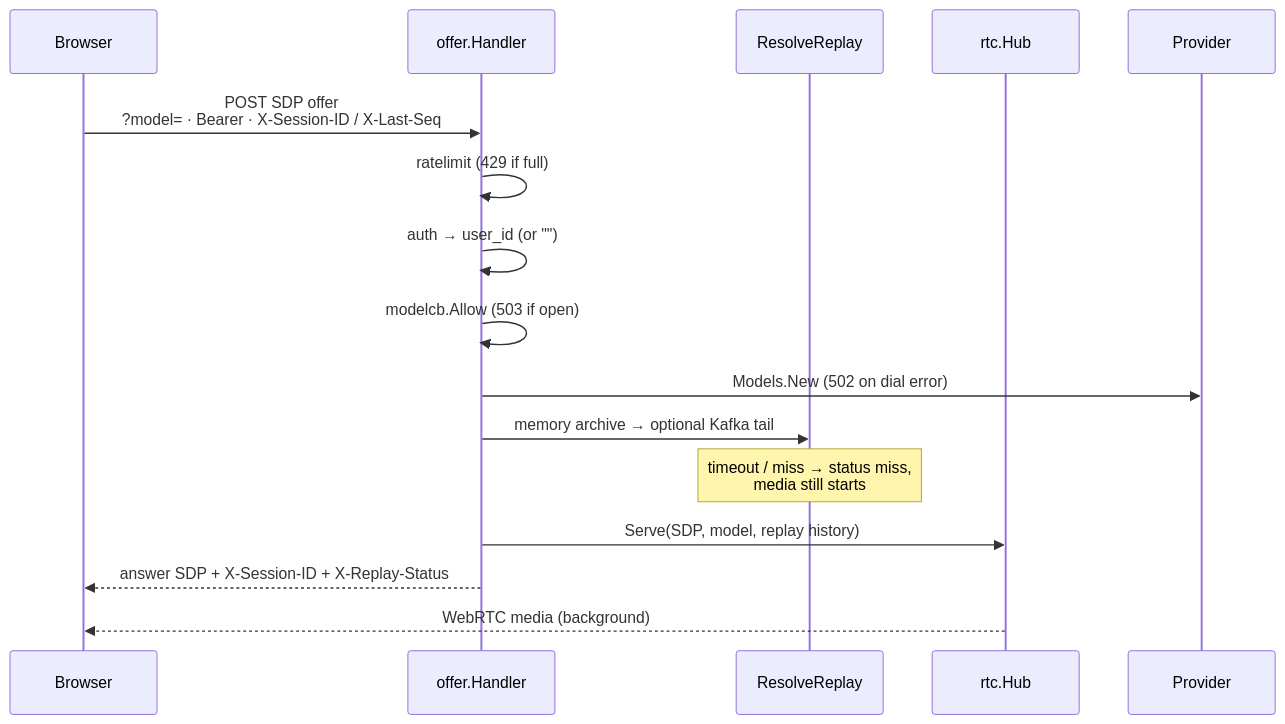
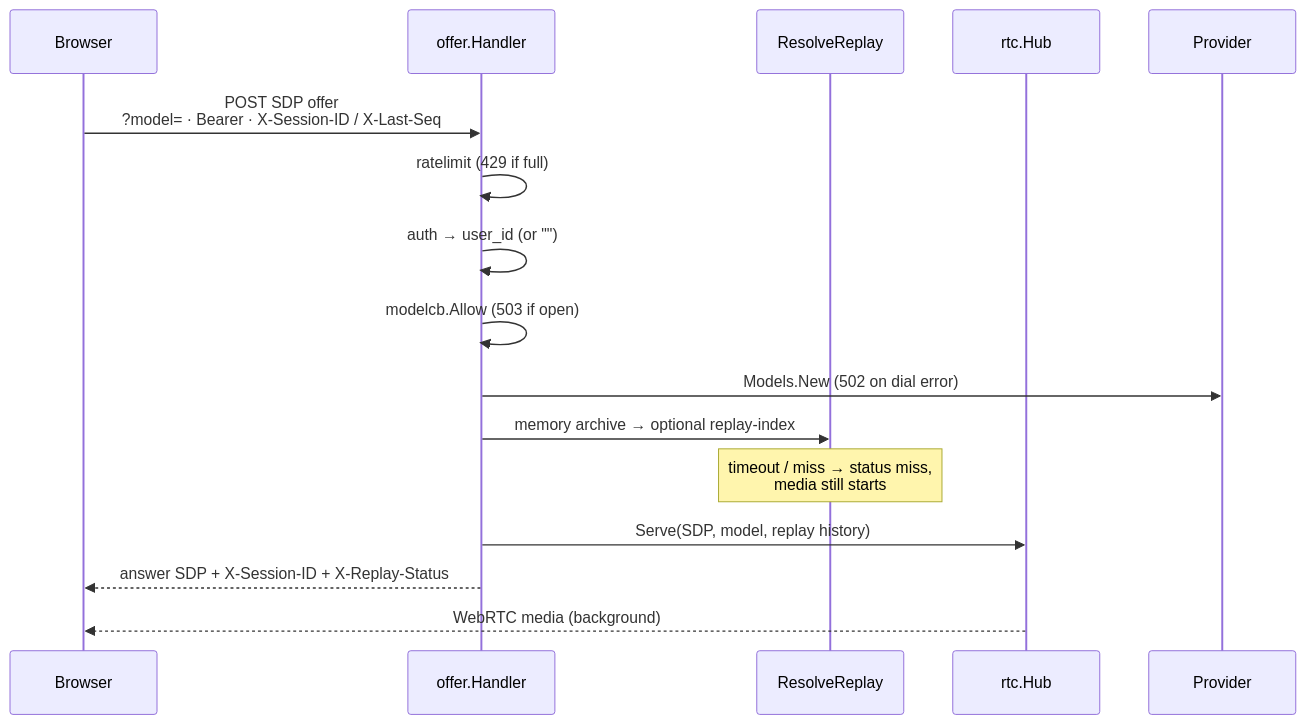
The second of 3 diagrams in docs/ARCHITECTURE.md (thinkinbig/rt_llm_proxy), drawn with Mermaid before and after one commit. The commit also changed other lines of this file and 19 other files, not shown here.

First line of the commit message:
Extract cross-node replay into a replay-index sidecar service.

````diff
--- a/docs/ARCHITECTURE.md
+++ b/docs/ARCHITECTURE.md
@@ -88,19 +88,19 @@
 ```mermaid
 sequenceDiagram
   participant B as Browser
   participant O as offer.Handler
   participant R as ResolveReplay
   participant H as rtc.Hub
   participant M as Provider
 
   B->>O: POST SDP offer<br/>?model= · Bearer · X-Session-ID / X-Last-Seq
   O->>O: ratelimit (429 if full)
   O->>O: auth → user_id (or "")
   O->>O: modelcb.Allow (503 if open)
   O->>M: Models.New (502 on dial error)
-  O->>R: memory archive → optional Kafka tail
+  O->>R: memory archive → optional replay-index
   Note over R: timeout / miss → status miss,<br/>media still starts
   O->>H: Serve(SDP, model, replay history)
   O-->>B: answer SDP + X-Session-ID + X-Replay-Status
   H-->>B: WebRTC media (background)
 ```
````
